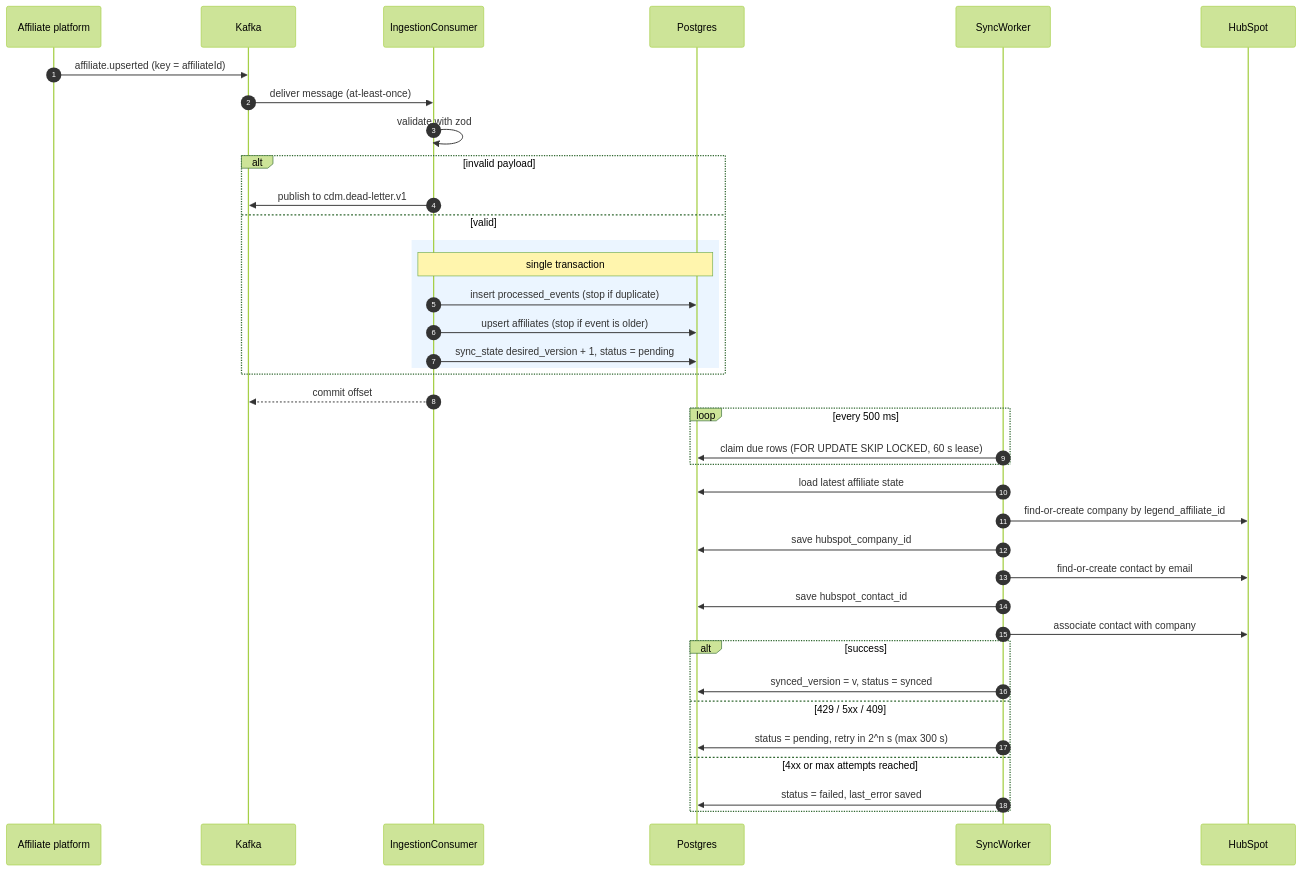
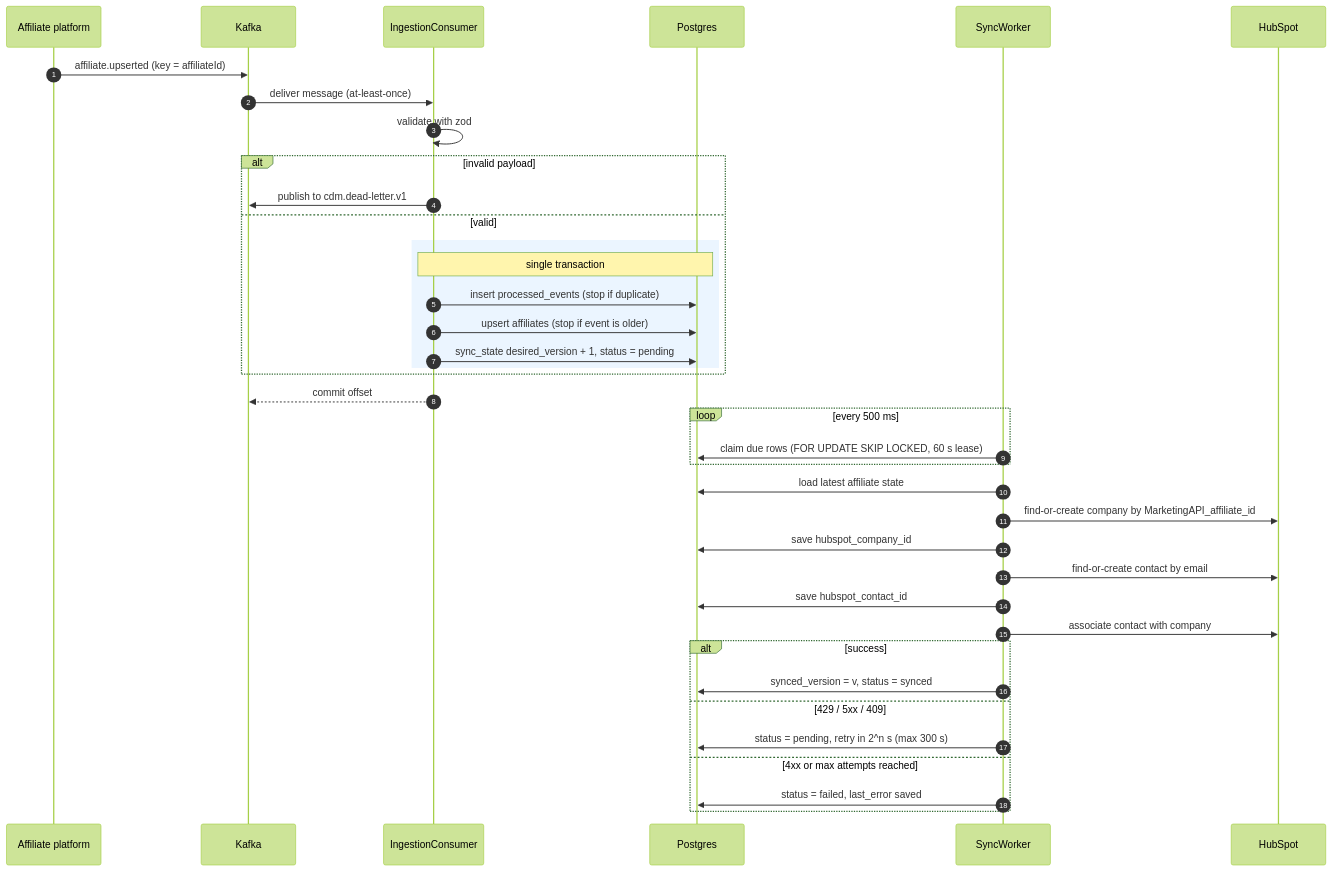
The second of 6 diagrams in README.md (evgeniidatsiuk/commercial_data_manager), drawn with Mermaid (forest theme) before and after one commit. The commit also changed other lines of this file, not shown here.

Commit message:
Update README to reflect MarketingAPI terminology

````diff
--- a/README.md
+++ b/README.md
@@ -29,42 +29,42 @@
 ```mermaid
 sequenceDiagram
   autonumber
   participant AP as Affiliate platform
   participant K as Kafka
   participant IC as IngestionConsumer
   participant PG as Postgres
   participant SW as SyncWorker
   participant HS as HubSpot
 
   AP->>K: affiliate.upserted (key = affiliateId)
   K->>IC: deliver message (at-least-once)
   IC->>IC: validate with zod
   alt invalid payload
     IC->>K: publish to cdm.dead-letter.v1
   else valid
     rect rgb(235, 245, 255)
       note over IC,PG: single transaction
       IC->>PG: insert processed_events (stop if duplicate)
       IC->>PG: upsert affiliates (stop if event is older)
       IC->>PG: sync_state desired_version + 1, status = pending
     end
   end
   IC-->>K: commit offset
 
   loop every 500 ms
     SW->>PG: claim due rows (FOR UPDATE SKIP LOCKED, 60 s lease)
   end
   SW->>PG: load latest affiliate state
-  SW->>HS: find-or-create company by legend_affiliate_id
+  SW->>HS: find-or-create company by MarketingAPI_affiliate_id
   SW->>PG: save hubspot_company_id
   SW->>HS: find-or-create contact by email
   SW->>PG: save hubspot_contact_id
   SW->>HS: associate contact with company
   alt success
     SW->>PG: synced_version = v, status = synced
   else 429 / 5xx / 409
     SW->>PG: status = pending, retry in 2^n s (max 300 s)
   else 4xx or max attempts reached
     SW->>PG: status = failed, last_error saved
   end
 ```
````
